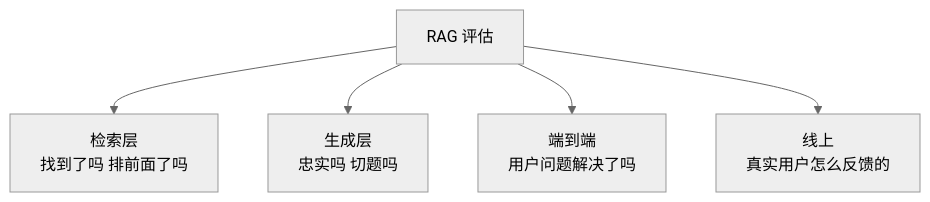
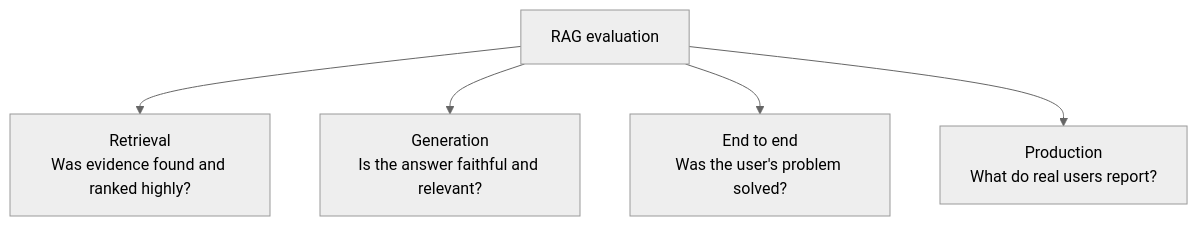
One commit to oneleaveknowsthefall/awesome-ai-roadmap changed the first of 2 diagrams in docs/rag/05-generation-evaluation/18-rag-evaluation.md. Above: the diagram before and after it, drawn with Mermaid (neutral theme). The commit also changed other lines of this file and 60 other files, not shown here.

````diff
--- a/docs/rag/05-generation-evaluation/18-rag-evaluation.md
+++ b/docs/rag/05-generation-evaluation/18-rag-evaluation.md
@@ -13,7 +13,7 @@
 ```mermaid
 flowchart TB
-    E[RAG 评估] --> E1[检索层<br/>找到了吗 排前面了吗]
-    E --> E2[生成层<br/>忠实吗 切题吗]
-    E --> E3[端到端<br/>用户问题解决了吗]
-    E --> E4[线上<br/>真实用户怎么反馈的]
+    E[RAG evaluation] --> E1[Retrieval<br/>Was evidence found and ranked highly?]
+    E --> E2[Generation<br/>Is the answer faithful and relevant?]
+    E --> E3[End to end<br/>Was the user's problem solved?]
+    E --> E4[Production<br/>What do real users report?]
 ```
````
